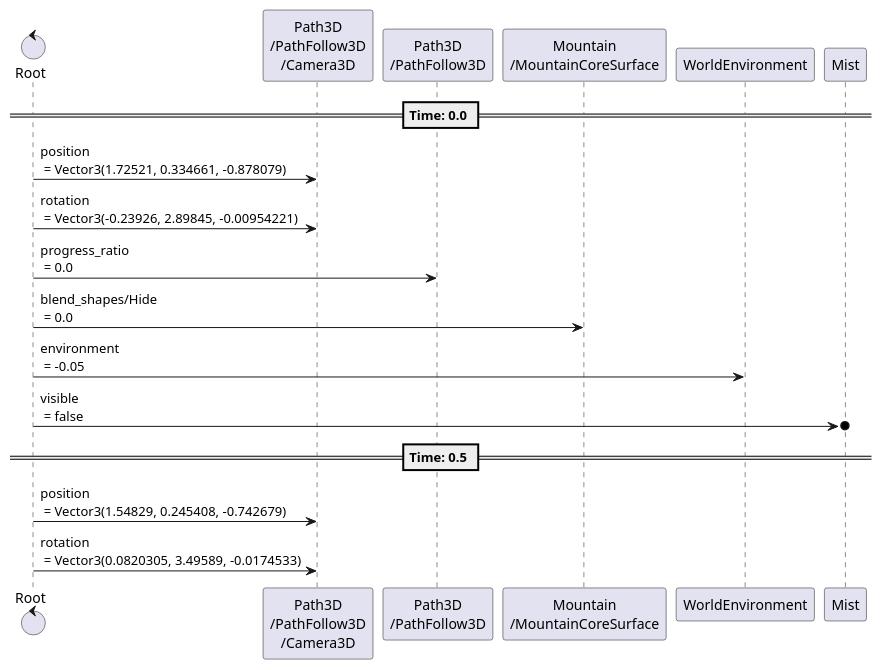
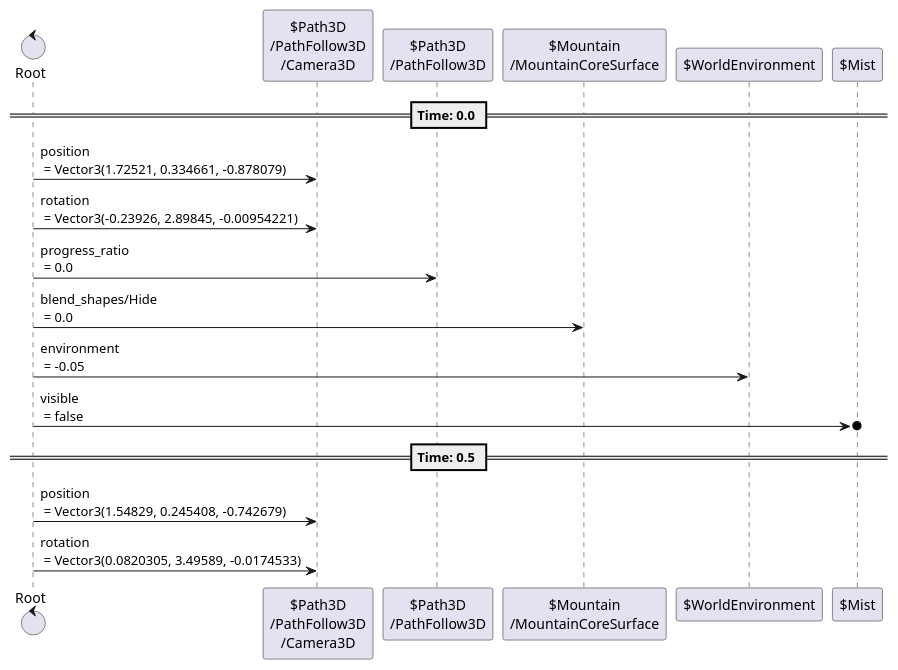
Before and after one commit to tkmfujise/Platformer-Game-Learning: diagram 17 of 23 in content/scenes/src/world/world.tscn.adoc, drawn with PlantUML. The commit also changed other lines of this file and 31 other files, not shown here.

Commit message:
Add prefix $ to node name in animation sequences

```diff
--- a/content/scenes/src/world/world.tscn.adoc
+++ b/content/scenes/src/world/world.tscn.adoc
@@ -535,24 +535,24 @@
 [plantuml]
 ....
-control "Root" as Root
-participant "Path3D\n/PathFollow3D\n/Camera3D" as T0
-participant "Path3D\n/PathFollow3D" as T2
-participant "Mountain\n/MountainCoreSurface" as T3
-participant "WorldEnvironment" as T4
-participant "Mist" as T5
+control "Root" as R
+participant "$Path3D\n/PathFollow3D\n/Camera3D" as T0
+participant "$Path3D\n/PathFollow3D" as T2
+participant "$Mountain\n/MountainCoreSurface" as T3
+participant "$WorldEnvironment" as T4
+participant "$Mist" as T5
 
 
 
 == Time: 0.0 ==
-Root  ->  T0 : position\n = Vector3(1.72521, 0.334661, -0.878079)
-Root  ->  T0 : rotation\n = Vector3(-0.23926, 2.89845, -0.00954221)
-Root  ->  T2 : progress_ratio\n = 0.0
-Root  ->  T3 : blend_shapes/Hide\n = 0.0
-Root  ->  T4 : environment\n = -0.05
-Root  ->o  T5 : visible\n = false
+R  ->  T0 : position\n = Vector3(1.72521, 0.334661, -0.878079)
+R  ->  T0 : rotation\n = Vector3(-0.23926, 2.89845, -0.00954221)
+R  ->  T2 : progress_ratio\n = 0.0
+R  ->  T3 : blend_shapes/Hide\n = 0.0
+R  ->  T4 : environment\n = -0.05
+R  ->o  T5 : visible\n = false
 == Time: 0.5 ==
-Root  ->  T0 : position\n = Vector3(1.54829, 0.245408, -0.742679)
-Root  ->  T0 : rotation\n = Vector3(0.0820305, 3.49589, -0.0174533)
+R  ->  T0 : position\n = Vector3(1.54829, 0.245408, -0.742679)
+R  ->  T0 : rotation\n = Vector3(0.0820305, 3.49589, -0.0174533)
 
 
 ....
```
